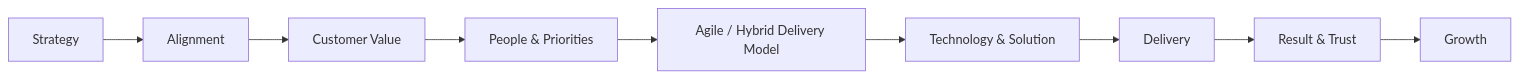
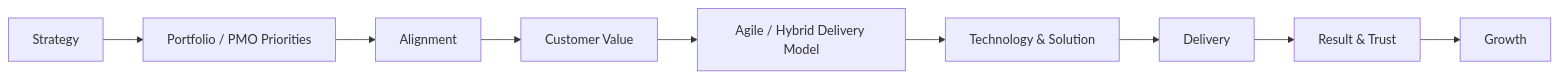
The diagram in README.md (psilva-git/enterprise-ai-delivery), drawn with Mermaid before and after one commit. The commit also changed other lines of this file, not shown here.

Commit message:
Add PMO and portfolio leadership experience

````diff
--- a/README.md
+++ b/README.md
@@ -195,11 +197,11 @@
 ```mermaid
 flowchart LR
-    S[Strategy] --> A[Alignment]
+    S[Strategy] --> P[Portfolio / PMO Priorities]
+    P --> A[Alignment]
     A --> C[Customer Value]
-    C --> P[People & Priorities]
-    P --> H[Agile / Hybrid Delivery Model]
+    C --> H[Agile / Hybrid Delivery Model]
     H --> T[Technology & Solution]
     T --> D[Delivery]
     D --> R[Result & Trust]
     R --> G[Growth]
 ```
````
